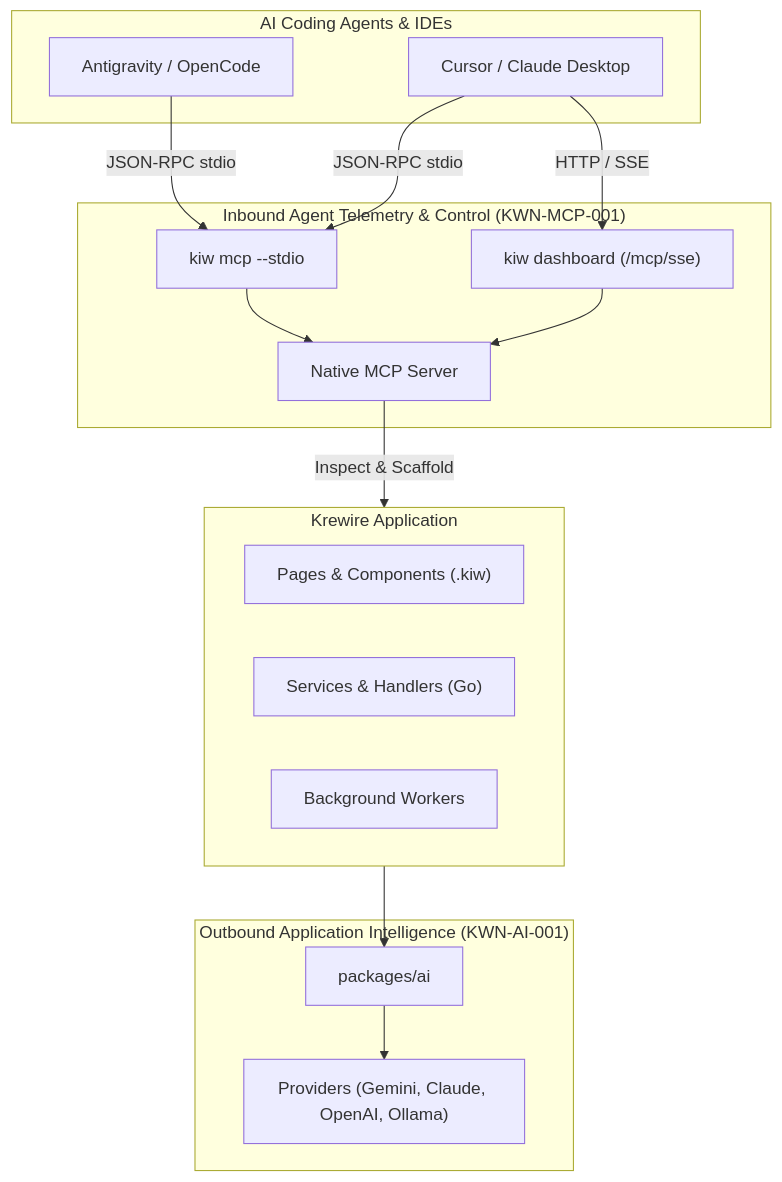
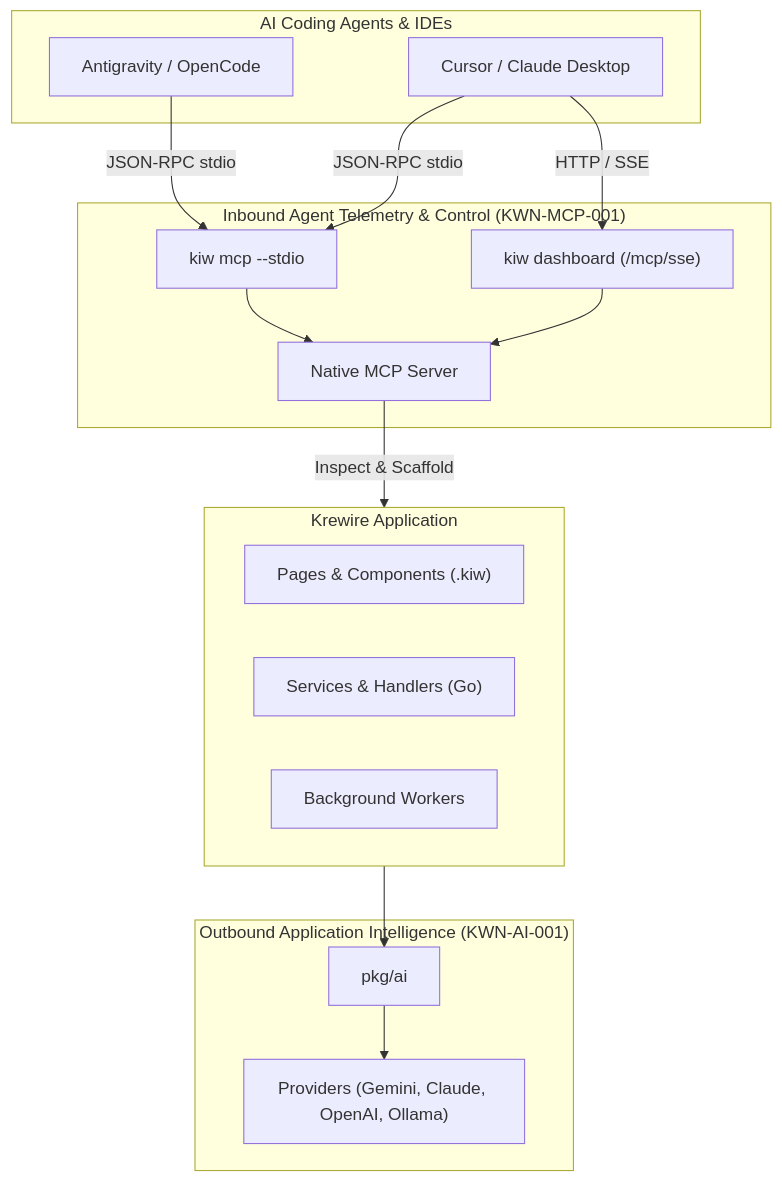
Before and after one commit to krewire/krewire.com: the diagram in content/id/docs/06-guides/04-agentic-development.md, drawn with Mermaid. The commit also changed other lines of this file and 76 other files, not shown here.

````diff
--- a/content/id/docs/06-guides/04-agentic-development.md
+++ b/content/id/docs/06-guides/04-agentic-development.md
@@ -17,34 +17,34 @@
 ```mermaid
 flowchart TD
     subgraph Agents ["AI Coding Agents & IDEs"]
         AGY["Antigravity / OpenCode"]
         CUR["Cursor / Claude Desktop"]
     end
 
     subgraph Inbound ["Inbound Agent Telemetry & Control (KWN-MCP-001)"]
         STDIO["kiw mcp --stdio"]
         SSE["kiw dashboard (/mcp/sse)"]
         SRV["Native MCP Server"]
     end
 
     subgraph Outbound ["Outbound Application Intelligence (KWN-AI-001)"]
-        AISDK["packages/ai"]
+        AISDK["pkg/ai"]
         PROV["Providers (Gemini, Claude, OpenAI, Ollama)"]
     end
 
     subgraph Project ["Krewire Application"]
         PAGES["Pages & Components (.kiw)"]
         SERVICES["Services & Handlers (Go)"]
         WORKERS["Background Workers"]
     end
 
     AGY -->|JSON-RPC stdio| STDIO
     CUR -->|JSON-RPC stdio| STDIO
     CUR -->|HTTP / SSE| SSE
     STDIO --> SRV
     SSE --> SRV
     SRV -->|Inspect & Scaffold| Project
 
     Project --> AISDK
     AISDK --> PROV
 ```
````
